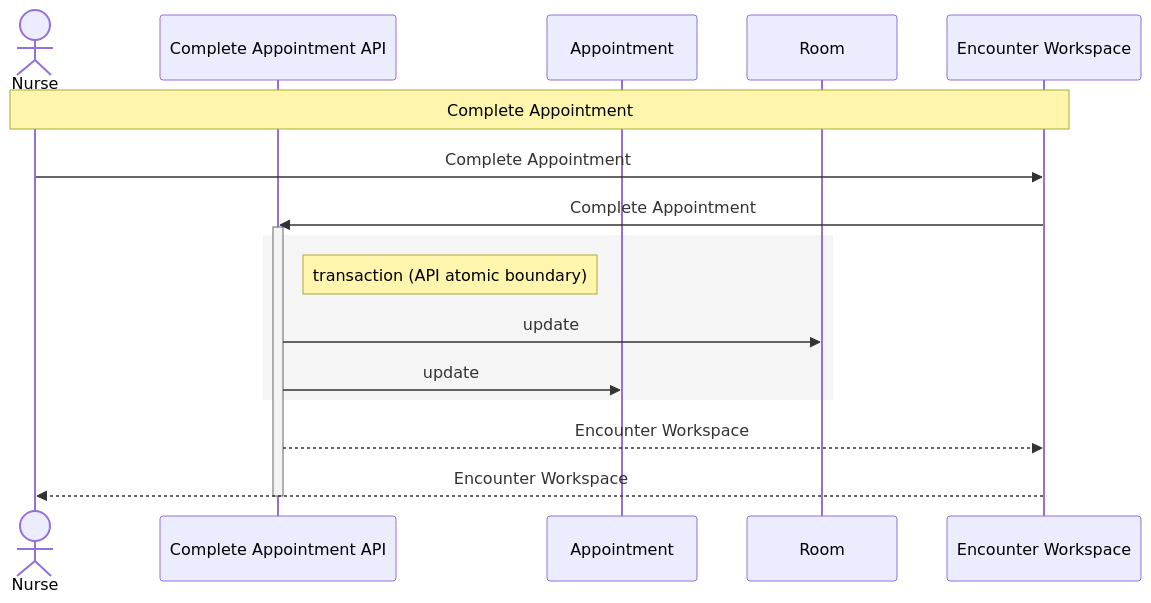
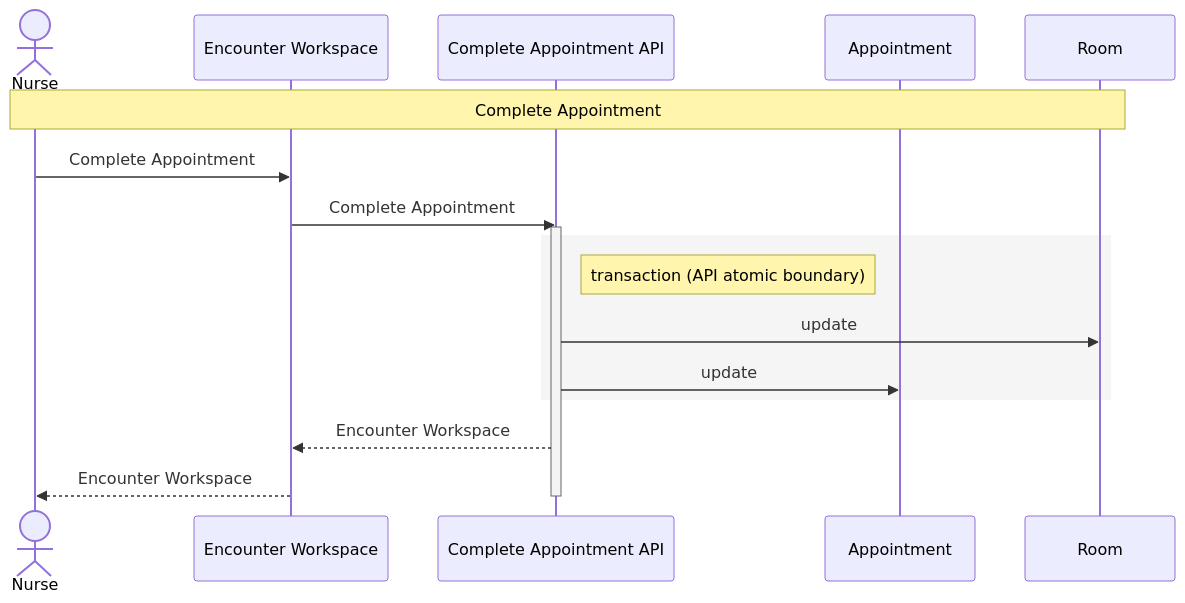
One commit to manji-0/rdra-ish-dsl changed the diagram in samples/clinic-ops/out/uc/sequence_complete_appointment.mmd. Above: the diagram before and after it, drawn with Mermaid. The commit also changed 82 other files, not shown here.

Commit message:
fix: order sequence participants by interaction flow

```diff
--- a/samples/clinic-ops/out/uc/sequence_complete_appointment.mmd
+++ b/samples/clinic-ops/out/uc/sequence_complete_appointment.mmd
@@ -1,19 +1,19 @@
 sequenceDiagram
   actor Nurse as Nurse
+  participant EncounterWorkspaceScreen as Encounter Workspace
   participant CompleteAppointmentApi as Complete Appointment API
   participant Appointment as Appointment
   participant Room as Room
-  participant EncounterWorkspaceScreen as Encounter Workspace
 
-  Note over Nurse,EncounterWorkspaceScreen: Complete Appointment
+  Note over Nurse,Room: Complete Appointment
   Nurse->>EncounterWorkspaceScreen: Complete Appointment
   EncounterWorkspaceScreen->>CompleteAppointmentApi: Complete Appointment
   activate CompleteAppointmentApi
   rect rgb(245,245,245)
     Note right of CompleteAppointmentApi: transaction (API atomic boundary)
     CompleteAppointmentApi->>Room: update
     CompleteAppointmentApi->>Appointment: update
   end
   CompleteAppointmentApi-->>EncounterWorkspaceScreen: Encounter Workspace
   EncounterWorkspaceScreen-->>Nurse: Encounter Workspace
   deactivate CompleteAppointmentApi
```
